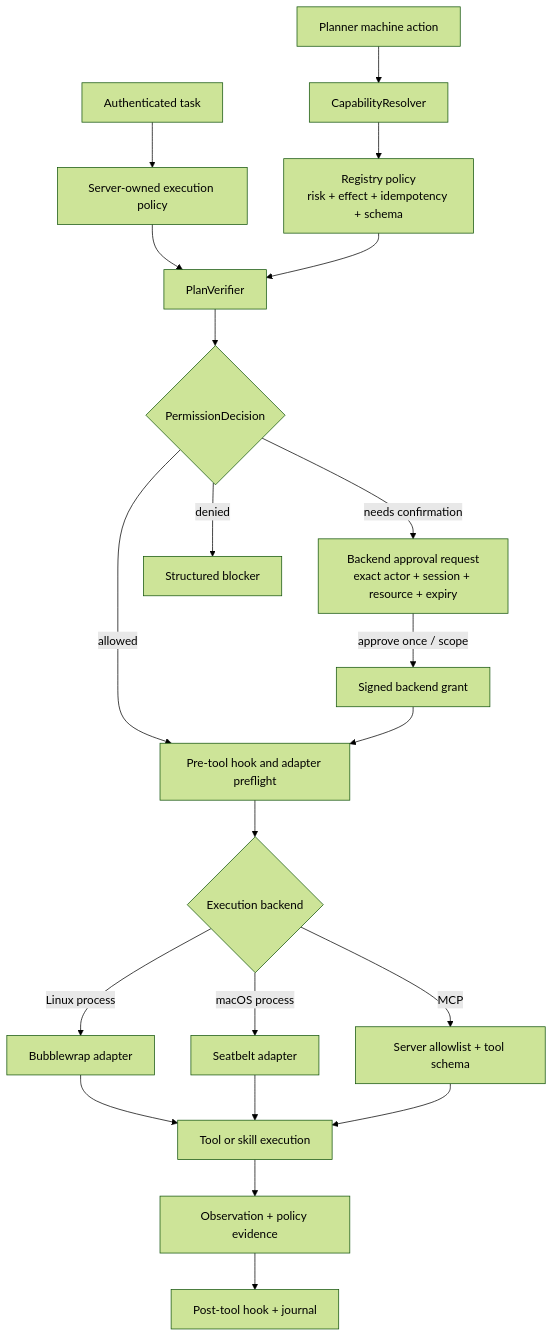
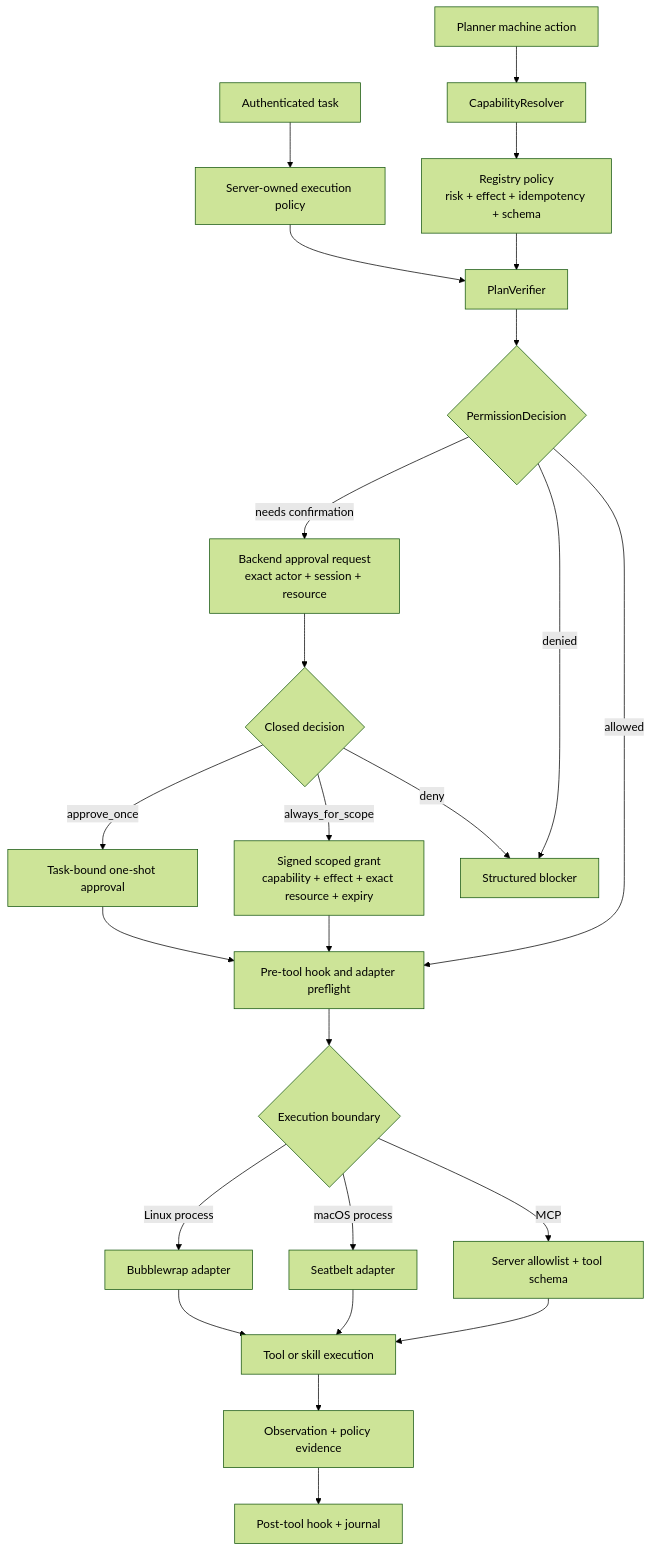
One commit to MatrixCoreX/RustClaw changed the first of 2 diagrams in docs/architecture/02-security-execution.md. Above: the diagram before and after it, drawn with Mermaid (forest theme). The commit also changed other lines of this file and 17 other files, not shown here.

Commit message:
docs: synchronize architecture learning guide

````diff
--- a/docs/architecture/02-security-execution.md
+++ b/docs/architecture/02-security-execution.md
@@ -12,23 +16,27 @@
 ```mermaid
 flowchart TD
     A[Authenticated task] --> B[Server-owned execution policy]
     C[Planner machine action] --> D[CapabilityResolver]
     D --> E[Registry policy<br/>risk + effect + idempotency + schema]
     B --> F[PlanVerifier]
     E --> F
     F --> G{PermissionDecision}
-    G -->|needs confirmation| H[Backend approval request<br/>exact actor + session + resource + expiry]
-    H -->|approve once / scope| I[Signed backend grant]
+    G -->|needs confirmation| H[Backend approval request<br/>exact actor + session + resource]
+    H --> I{Closed decision}
+    I -->|approve_once| IA[Task-bound one-shot approval]
+    I -->|always_for_scope| IB[Signed scoped grant<br/>capability + effect + exact resource + expiry]
+    I -->|deny| J
     G -->|denied| J[Structured blocker]
     G -->|allowed| K[Pre-tool hook and adapter preflight]
-    I --> K
-    K --> L{Execution backend}
+    IA --> K
+    IB --> K
+    K --> L{Execution boundary}
     L -->|Linux process| M[Bubblewrap adapter]
     L -->|macOS process| N[Seatbelt adapter]
     L -->|MCP| O[Server allowlist + tool schema]
     M --> P[Tool or skill execution]
     N --> P
     O --> P
     P --> Q[Observation + policy evidence]
     Q --> R[Post-tool hook + journal]
 ```
````
